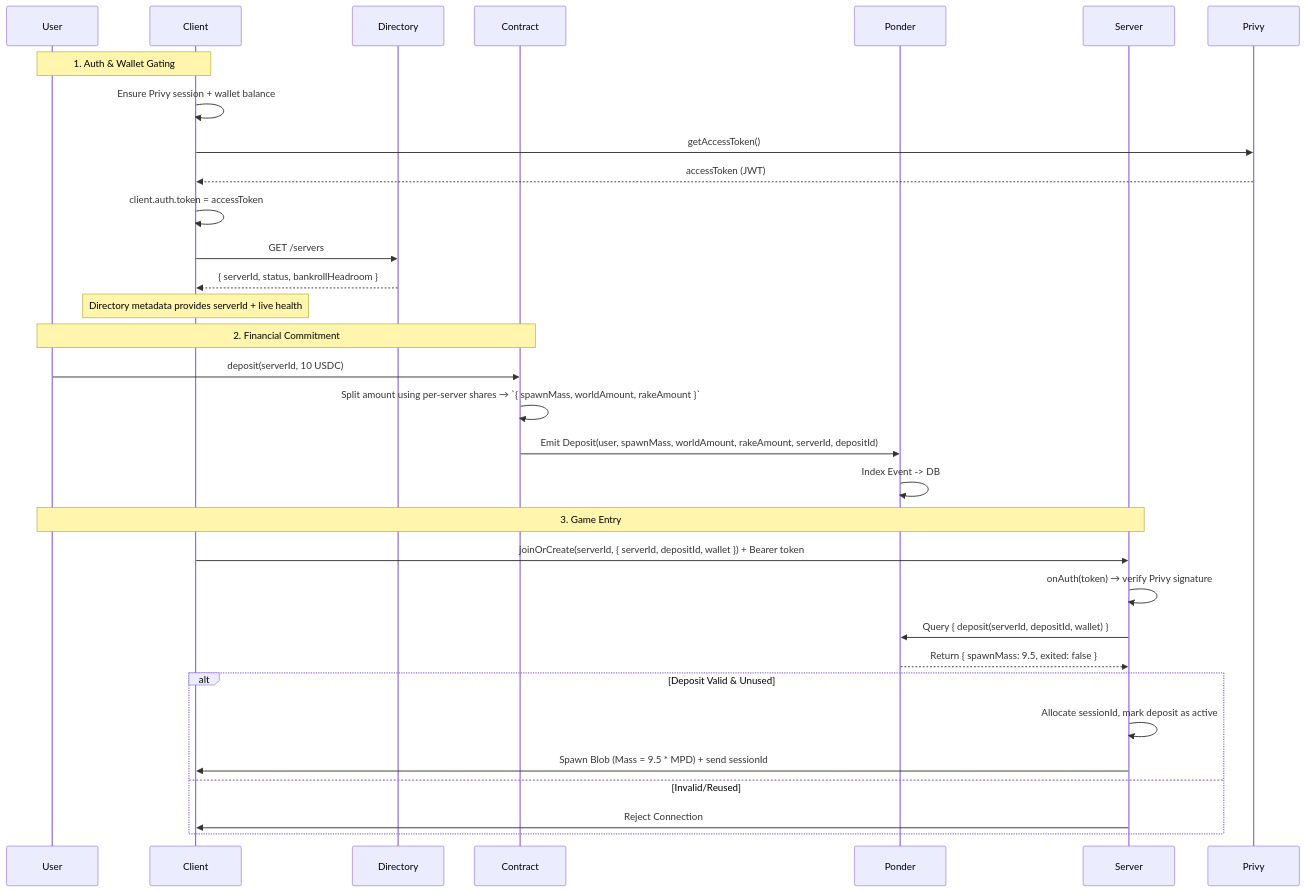
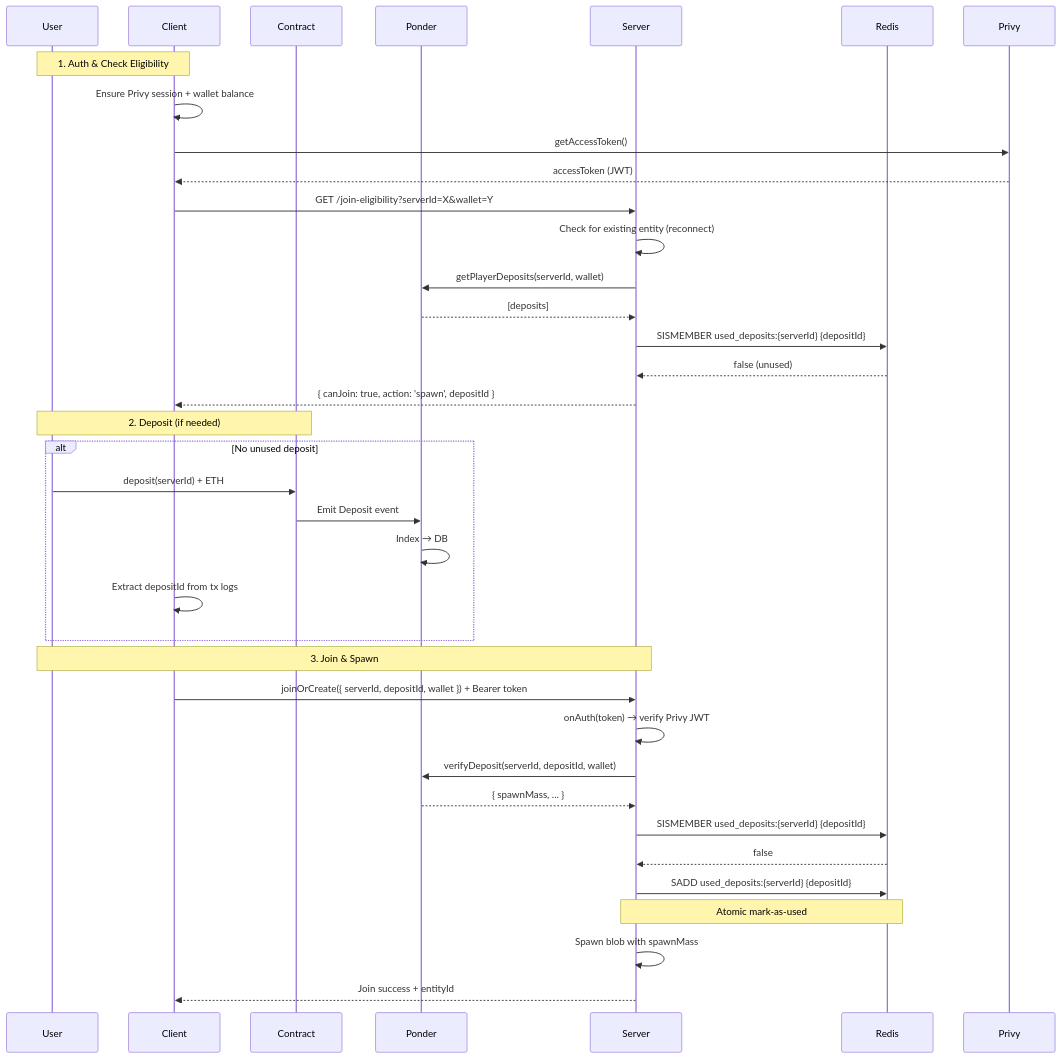
The second of 9 diagrams in ARCHITECTURE.md (TheExpandingPolytope/goonverse), drawn with Mermaid before and after one commit. The commit also changed other lines of this file and 88 other files, not shown here.

Commit message:
server join logic solidify

````diff
--- a/ARCHITECTURE.md
+++ b/ARCHITECTURE.md
@@ -223,37 +389,41 @@
 ```mermaid
 sequenceDiagram
     participant User
     participant Client
-    participant Directory
     participant Contract
     participant Ponder
     participant Server
+    participant Redis
 
-    Note over User, Client: 1. Auth & Wallet Gating
+    Note over User, Client: 1. Auth & Check Eligibility
     Client->>Client: Ensure Privy session + wallet balance
     Client->>Privy: getAccessToken()
     Privy-->>Client: accessToken (JWT)
-    Client->>Client: client.auth.token = accessToken
-    Client->>Directory: GET /servers
-    Directory-->>Client: { serverId, status, bankrollHeadroom }
-    Note over Client: Directory metadata provides serverId + live health
+    Client->>Server: GET /join-eligibility?serverId=X&wallet=Y
+    Server->>Server: Check for existing entity (reconnect)
+    Server->>Ponder: getPlayerDeposits(serverId, wallet)
+    Ponder-->>Server: [deposits]
+    Server->>Redis: SISMEMBER used_deposits:{serverId} {depositId}
+    Redis-->>Server: false (unused)
+    Server-->>Client: { canJoin: true, action: 'spawn', depositId }
 
-    Note over User, Contract: 2. Financial Commitment
-    User->>Contract: deposit(serverId, 10 USDC)
-    Contract->>Contract: Split amount using per-server shares → `{ spawnMass, worldAmount, rakeAmount }`
-    Contract->>Ponder: Emit Deposit(user, spawnMass, worldAmount, rakeAmount, serverId, depositId)
-    Ponder->>Ponder: Index Event -> DB
+    Note over User, Contract: 2. Deposit (if needed)
+    alt No unused deposit
+        User->>Contract: deposit(serverId) + ETH
+        Contract->>Ponder: Emit Deposit event
+        Ponder->>Ponder: Index → DB
+        Client->>Client: Extract depositId from tx logs
+    end
 
-    Note over User, Server: 3. Game Entry
-    Client->>Server: joinOrCreate(serverId, { serverId, depositId, wallet }) + Bearer token
-    Server->>Server: onAuth(token) → verify Privy signature
-    Server->>Ponder: Query { deposit(serverId, depositId, wallet) }
-    Ponder-->>Server: Return { spawnMass: 9.5, exited: false }
-    
-    alt Deposit Valid & Unused
-        Server->>Server: Allocate sessionId, mark deposit as active
-        Server->>Client: Spawn Blob (Mass = 9.5 * MPD) + send sessionId
-    else Invalid/Reused
-        Server->>Client: Reject Connection
-    end
+    Note over User, Server: 3. Join & Spawn
+    Client->>Server: joinOrCreate({ serverId, depositId, wallet }) + Bearer token
+    Server->>Server: onAuth(token) → verify Privy JWT
+    Server->>Ponder: verifyDeposit(serverId, depositId, wallet)
+    Ponder-->>Server: { spawnMass, ... }
+    Server->>Redis: SISMEMBER used_deposits:{serverId} {depositId}
+    Redis-->>Server: false
+    Server->>Redis: SADD used_deposits:{serverId} {depositId}
+    Note over Server,Redis: Atomic mark-as-used
+    Server->>Server: Spawn blob with spawnMass
+    Server-->>Client: Join success + entityId
 ```
````
